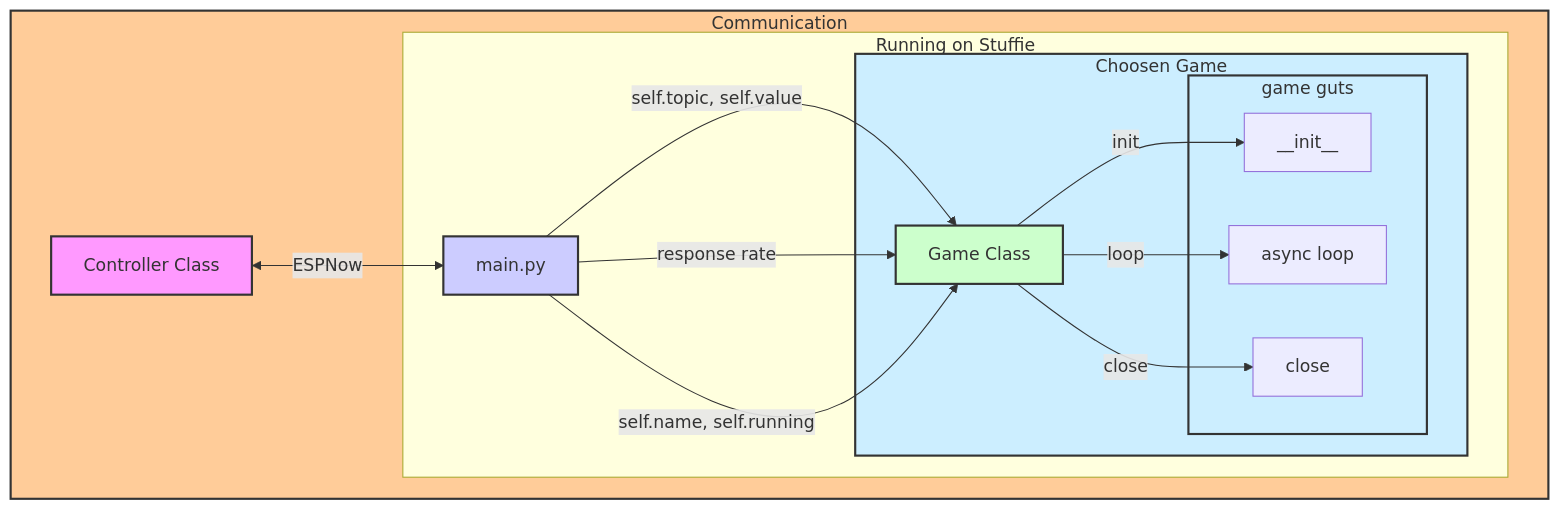
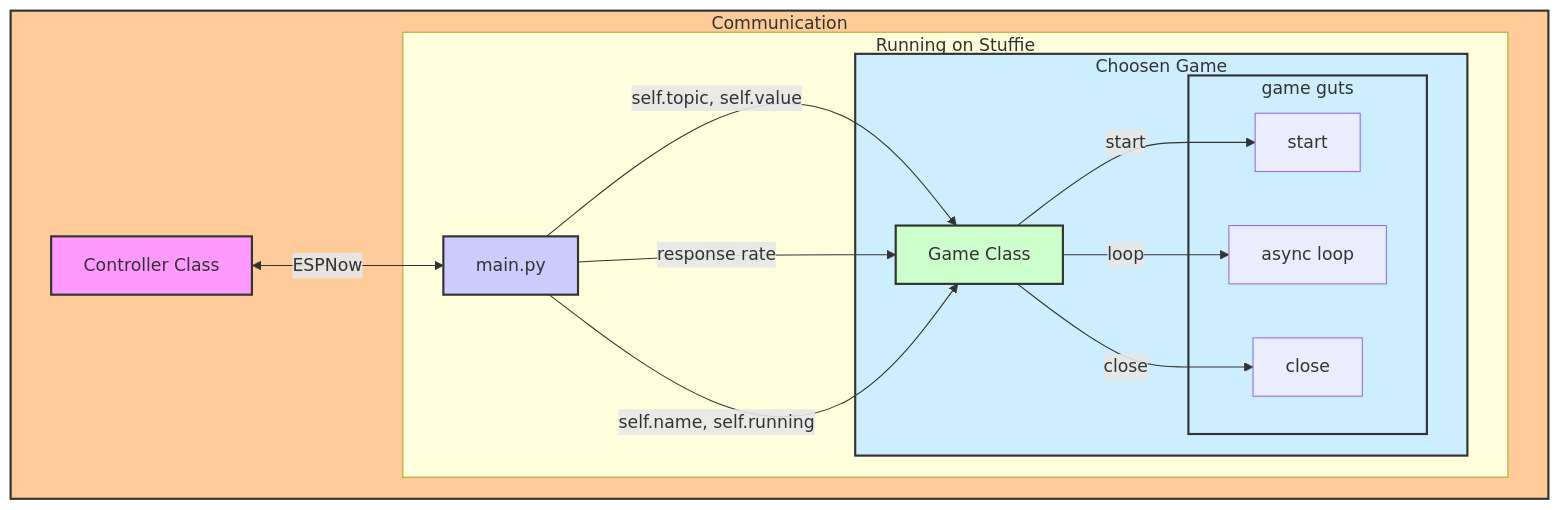
The diagram in README.md (chrisbuerginrogers/plushies), drawn with Mermaid before and after one commit.

Commit message:
Update Game Class initialization to start method

````diff
--- a/README.md
+++ b/README.md
@@ -32,27 +32,27 @@
 ```mermaid
 graph TD;
 subgraph outer_box[Communication]
         A[Controller Class] <--ESPNow--> B[main.py]
         subgraph mid_box[Running on Stuffie]
             B[main.py] --self.topic, self.value-->C[Game Class]
             B[main.py] --response rate-->C[Game Class]
             B[main.py] --self.name, self.running-->C[Game Class]
             subgraph inner_box[Choosen Game]
-                C[Game Class] --init--> D[__init__]
+                C[Game Class] --start--> D[start]
                 C[Game Class] --loop--> E[async loop]
                 C[Game Class] --close--> F[close]
                 subgraph guts[game guts]
-                    D[__init__]
+                    D[start]
                     E[async loop]
                     F[close]
                 end
             end
         end
     end
 style outer_box fill:#ffcc99,stroke:#333,stroke-width:2px
 style inner_box fill:#cceeff,stroke:#333,stroke-width:2px
 style guts fill:#cceeff,stroke:#333,stroke-width:2px
 style A fill:#f9f,stroke:#333,stroke-width:2px
 style B fill:#ccf,stroke:#333,stroke-width:2px
 style C fill:#cfc,stroke:#333,stroke-width:2px
 ```
````
